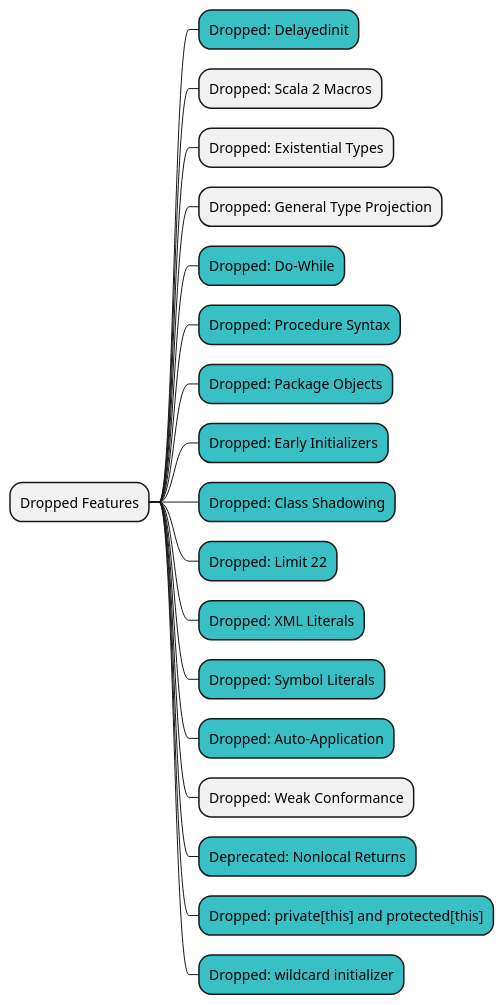
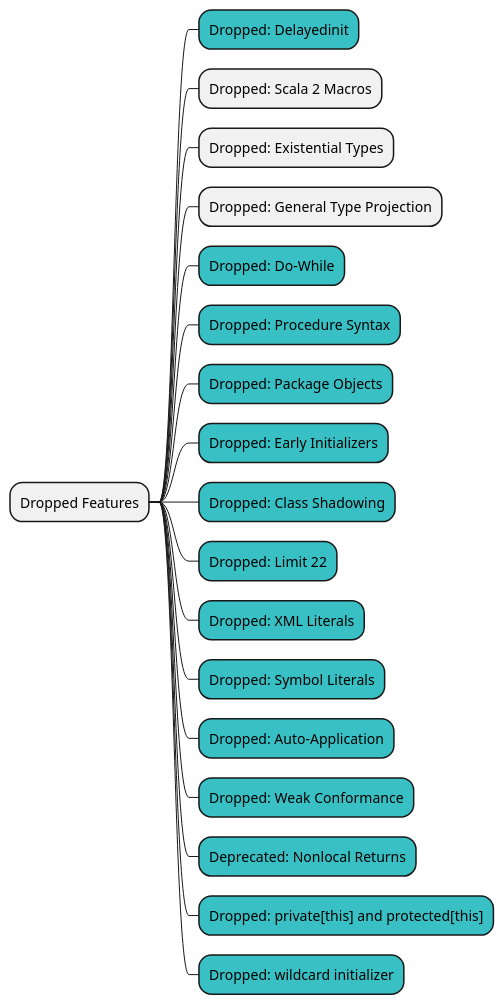
The eighth of 8 diagrams in docs/step01/03_Referenceを俯瞰してみる.md (shinharad/getting-started-with-scala3), drawn with PlantUML before and after one commit. The commit also changed 2 other files, not shown here.

Commit message:
step1の記述改善

````diff
--- a/docs/step01/03_Referenceを俯瞰してみる.md
+++ b/docs/step01/03_Referenceを俯瞰してみる.md
@@ -171,22 +171,22 @@
 ```plantuml
 @startmindmap
 * Dropped Features
 **[#38c0c4] Dropped: Delayedinit
 ** Dropped: Scala 2 Macros
 ** Dropped: Existential Types
 ** Dropped: General Type Projection
 **[#38c0c4] Dropped: Do-While
 **[#38c0c4] Dropped: Procedure Syntax
 **[#38c0c4] Dropped: Package Objects
 **[#38c0c4] Dropped: Early Initializers
 **[#38c0c4] Dropped: Class Shadowing
 **[#38c0c4] Dropped: Limit 22
 **[#38c0c4] Dropped: XML Literals
 **[#38c0c4] Dropped: Symbol Literals
 **[#38c0c4] Dropped: Auto-Application
-** Dropped: Weak Conformance
+**[#38c0c4] Dropped: Weak Conformance
 **[#38c0c4] Deprecated: Nonlocal Returns
 **[#38c0c4] Dropped: private[this] and protected[this]
 **[#38c0c4] Dropped: wildcard initializer
 @endmindmap
 ```
````
